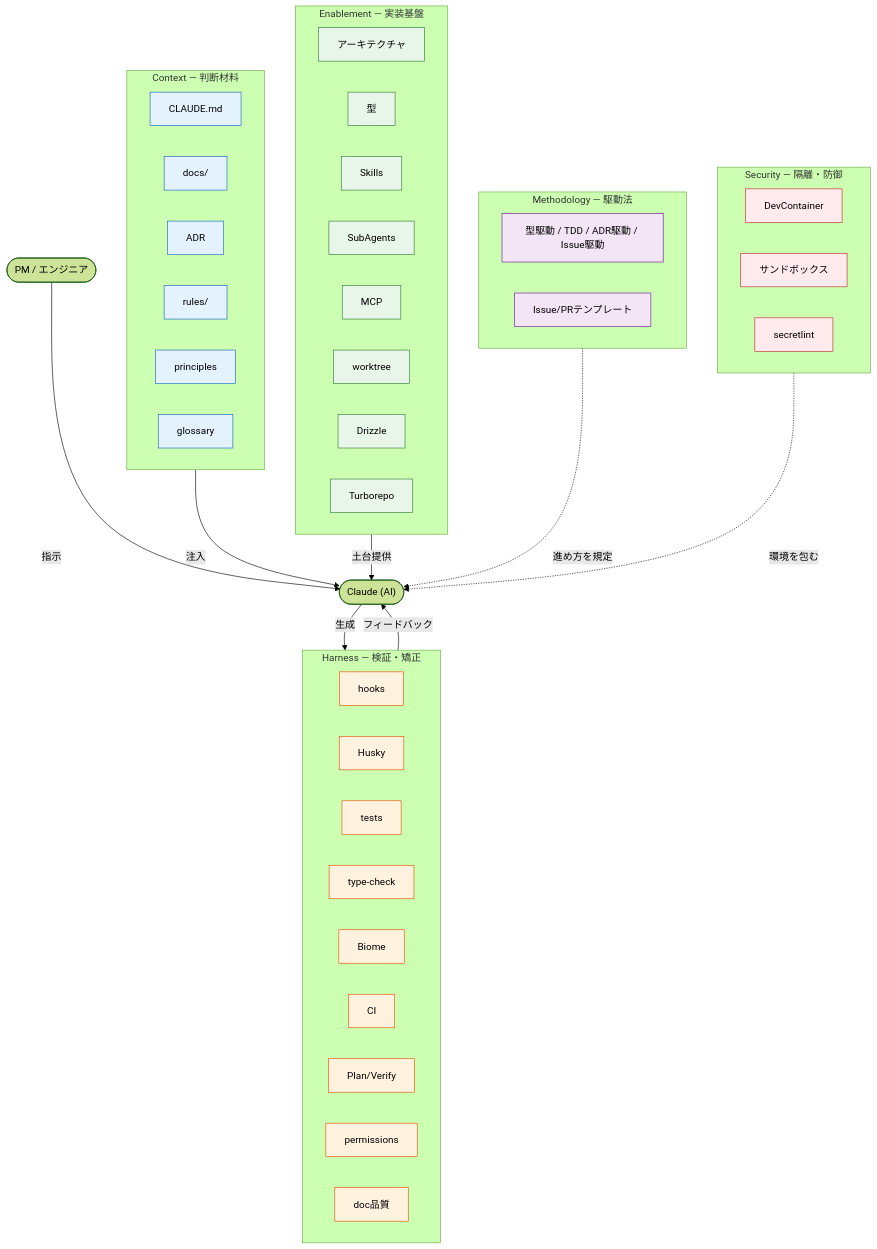
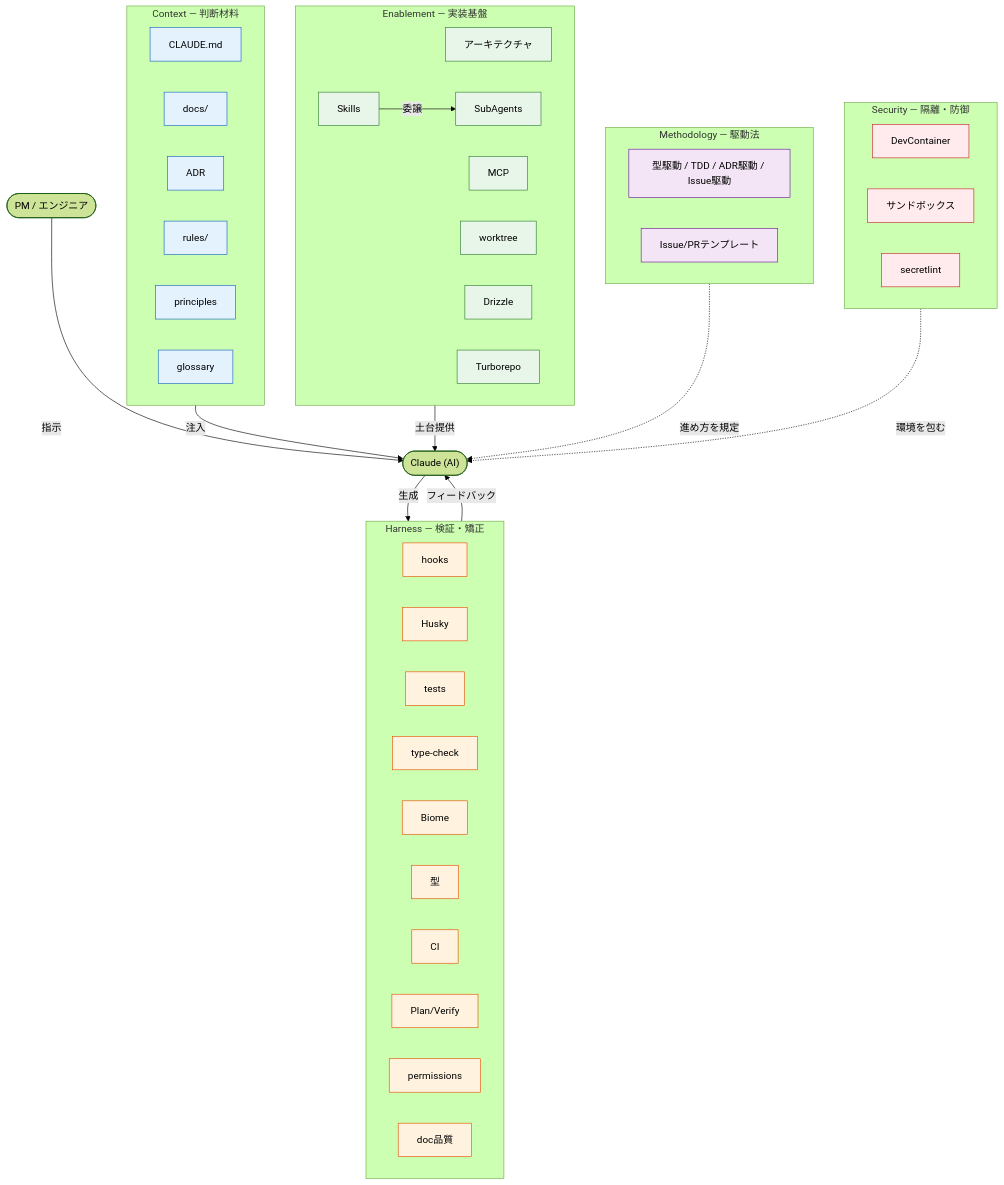
The diagram in docs/guides/ai-driven-development.md (kuairen-227/agent-team-studio), drawn with Mermaid (forest theme) before and after one commit. The commit also changed other lines of this file, not shown here.

Commit message:
docs(project): アーキテクトレビュー指摘を反映
- flowchart の「型」を Enablement から Harness サブグラフへ移動
  （インベントリ表の主分類 Harness と整合、ADR-0007 品質保証3層の観点）
- Skills→SubAgents の委譲フロー（ADR-0011）を flowchart に復活
- 参照表に ADR-0006 を追加（インベントリの駆動法群行が参照）

https://claude.ai/code/session_01WKme64QYWRyV5JaZ5wtude

````diff
--- a/docs/guides/ai-driven-development.md
+++ b/docs/guides/ai-driven-development.md
@@ -23,41 +23,42 @@
 ```mermaid
 flowchart TB
     User(["PM / エンジニア"]) -->|"指示"| AI(["Claude (AI)"])
 
     subgraph context["Context — 判断材料"]
         CL["CLAUDE.md"]; DOC["docs/"]; ADR["ADR"]
         RUL["rules/"]; PRI["principles"]; GLO["glossary"]
     end
     subgraph enable["Enablement — 実装基盤"]
-        ARC["アーキテクチャ"]; TYP["型"]; SKL["Skills"]; AGT["SubAgents"]
+        ARC["アーキテクチャ"]; SKL["Skills"]; AGT["SubAgents"]
         MCP["MCP"]; WT["worktree"]; DRZ["Drizzle"]; TRB["Turborepo"]
     end
     subgraph harness["Harness — 検証・矯正"]
-        HK["hooks"]; HUS["Husky"]; TST["tests"]; TC["type-check"]; LNT["Biome"]
+        HK["hooks"]; HUS["Husky"]; TST["tests"]; TC["type-check"]; LNT["Biome"]; TYP["型"]
         CI["CI"]; PV["Plan/Verify"]; PRM["permissions"]; MDL["doc品質"]
     end
     subgraph sec["Security — 隔離・防御"]
         DC["DevContainer"]; SB["サンドボックス"]; SL["secretlint"]
     end
     subgraph method["Methodology — 駆動法"]
         XDD["型駆動 / TDD / ADR駆動 / Issue駆動"]; TPL["Issue/PRテンプレート"]
     end
 
+    SKL -->|"委譲"| AGT
     context -->|"注入"| AI
     enable -->|"土台提供"| AI
     AI -->|"生成"| harness
     harness -->|"フィードバック"| AI
     method -.->|"進め方を規定"| AI
     sec -.->|"環境を包む"| AI
 
     classDef c fill:#e3f2fd,stroke:#1565c0
     classDef h fill:#fff3e0,stroke:#e65100
     classDef s fill:#ffebee,stroke:#c62828
     classDef e fill:#e8f5e9,stroke:#2e7d32
     classDef m fill:#f3e5f5,stroke:#6a1b9a
     class CL,DOC,ADR,RUL,PRI,GLO c
-    class HK,HUS,TST,TC,LNT,CI,PV,PRM,MDL h
+    class HK,HUS,TST,TC,LNT,CI,PV,PRM,MDL,TYP h
     class DC,SB,SL s
-    class ARC,TYP,SKL,AGT,MCP,WT,DRZ,TRB e
+    class ARC,SKL,AGT,MCP,WT,DRZ,TRB e
     class XDD,TPL m
 ```
````
